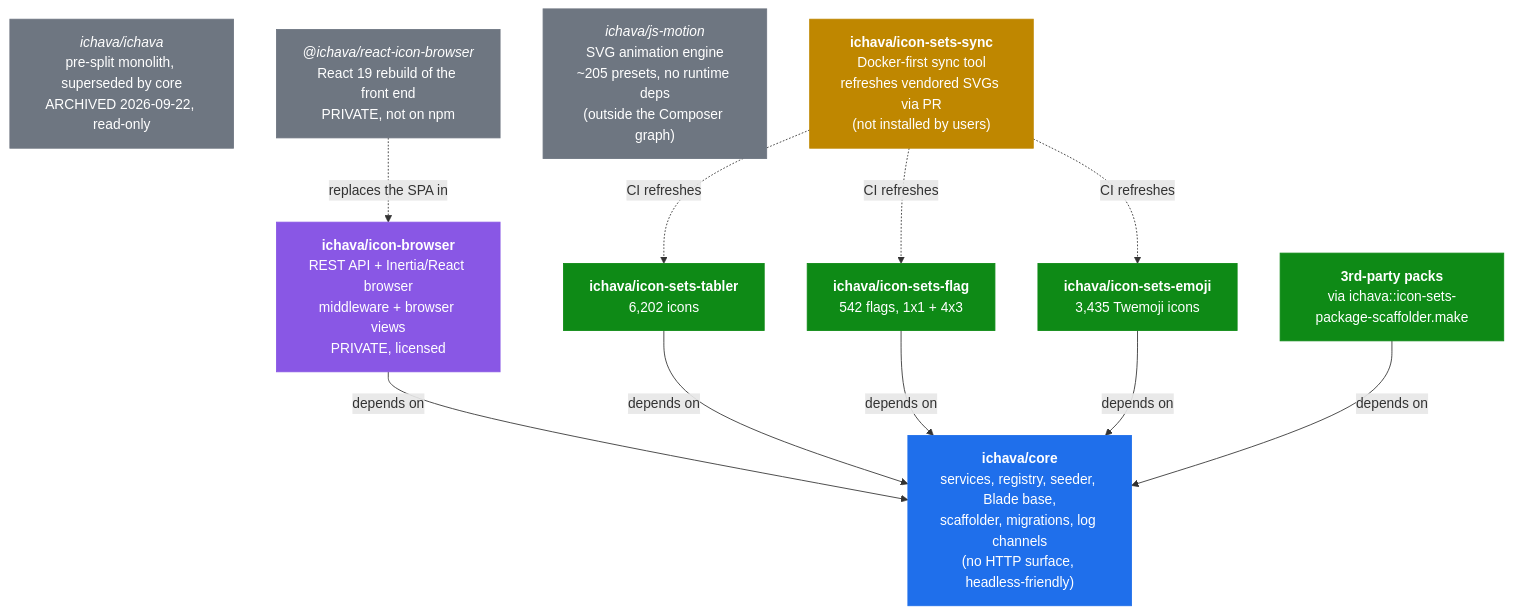
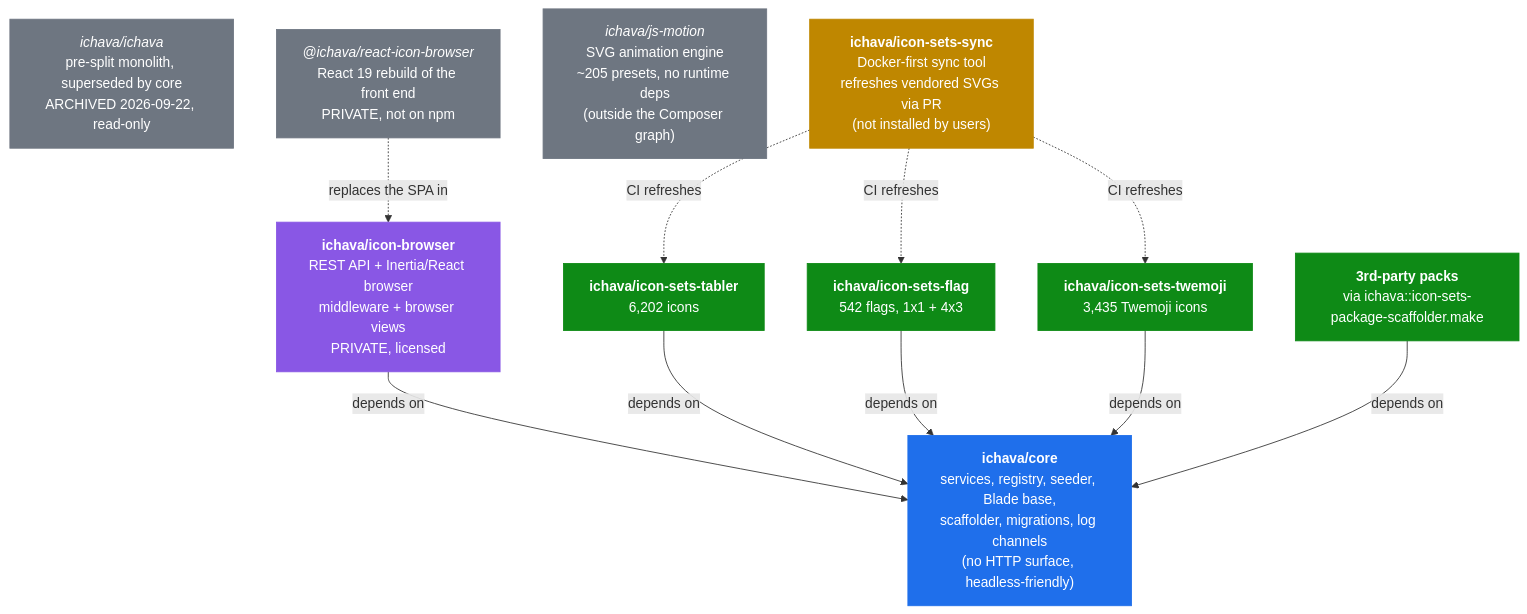
The first of 3 diagrams in docs/architecture.md (ichava/core), drawn with Mermaid before and after one commit. The commit also changed other lines of this file and 15 other files, not shown here.

First line of the commit message:
Name the Twemoji pack ichava/icon-sets-twemoji

````diff
--- a/docs/architecture.md
+++ b/docs/architecture.md
@@ -27,34 +27,34 @@
 ```mermaid
 flowchart TB
     core["<b>ichava/core</b><br/>services, registry, seeder, Blade base,<br/>scaffolder, migrations, log channels<br/>(no HTTP surface, headless-friendly)"]
     browser["<b>ichava/icon-browser</b><br/>REST API + Inertia/React browser<br/>middleware + browser views<br/>PRIVATE, licensed"]
     tabler["<b>ichava/icon-sets-tabler</b><br/>6,202 icons"]
     flag["<b>ichava/icon-sets-flag</b><br/>542 flags, 1x1 + 4x3"]
-    emoji["<b>ichava/icon-sets-emoji</b><br/>3,435 Twemoji icons"]
+    twemoji["<b>ichava/icon-sets-twemoji</b><br/>3,435 Twemoji icons"]
     third["<b>3rd-party packs</b><br/>via ichava::icon-sets-package-scaffolder.make"]
     meta["<i>ichava/ichava</i><br/>pre-split monolith, superseded by core<br/>ARCHIVED 2026-09-22, read-only"]
     toolkit["<b>ichava/icon-sets-sync</b><br/>Docker-first sync tool<br/>refreshes vendored SVGs via PR<br/>(not installed by users)"]
     motion["<i>ichava/js-motion</i><br/>SVG animation engine<br/>~205 presets, no runtime deps<br/>(outside the Composer graph)"]
     react["<i>@ichava/react-icon-browser</i><br/>React 19 rebuild of the front end<br/>PRIVATE, not on npm"]
 
     browser -- depends on --> core
     tabler -- depends on --> core
     flag -- depends on --> core
-    emoji -- depends on --> core
+    twemoji -- depends on --> core
     third -- depends on --> core
     toolkit -. CI refreshes .-> tabler
     toolkit -. CI refreshes .-> flag
-    toolkit -. CI refreshes .-> emoji
+    toolkit -. CI refreshes .-> twemoji
     react -. replaces the SPA in .-> browser
 
     classDef engine fill:#1f6feb,stroke:#1f6feb,color:#fff
     classDef http fill:#8957e5,stroke:#8957e5,color:#fff
     classDef pack fill:#0e8a16,stroke:#0e8a16,color:#fff
     classDef other fill:#6e7681,stroke:#6e7681,color:#fff
     classDef tooling fill:#bf8700,stroke:#bf8700,color:#fff
     class core engine
     class browser http
-    class tabler,flag,emoji,third pack
+    class tabler,flag,twemoji,third pack
     class meta,motion,react other
     class toolkit tooling
 ```
````
